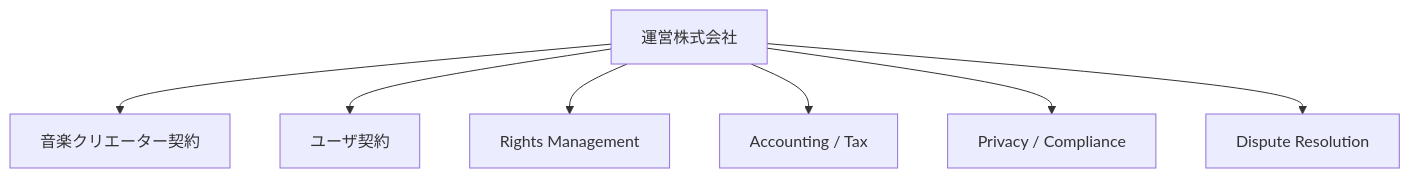
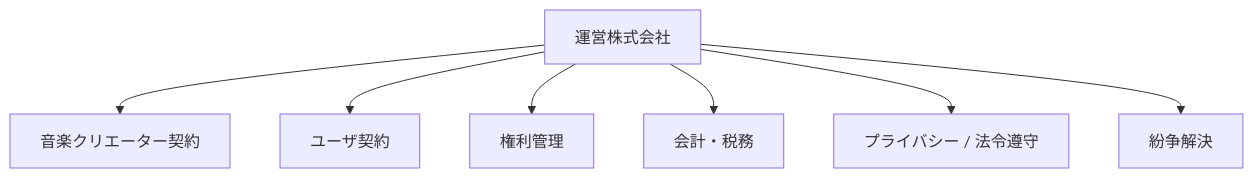
One commit to ShigeichiroYamasaki/creator-first-platform changed the third of 17 diagrams in docs/whitepaper/03-rights-and-money.md. Above: the diagram before and after it, drawn with Mermaid. The commit also changed other lines of this file and 72 other files, not shown here.

````diff
--- a/docs/whitepaper/03-rights-and-money.md
+++ b/docs/whitepaper/03-rights-and-money.md
@@ -90,10 +90,10 @@
 ```mermaid
 flowchart TD
     CORP[運営株式会社]
     CORP --> C1[音楽クリエーター契約]
     CORP --> C2[ユーザ契約]
-    CORP --> R[Rights Management]
-    CORP --> A[Accounting / Tax]
-    CORP --> P[Privacy / Compliance]
-    CORP --> D[Dispute Resolution]
+    CORP --> R[権利管理]
+    CORP --> A[会計・税務]
+    CORP --> P[プライバシー / 法令遵守]
+    CORP --> D[紛争解決]
 ```
````
